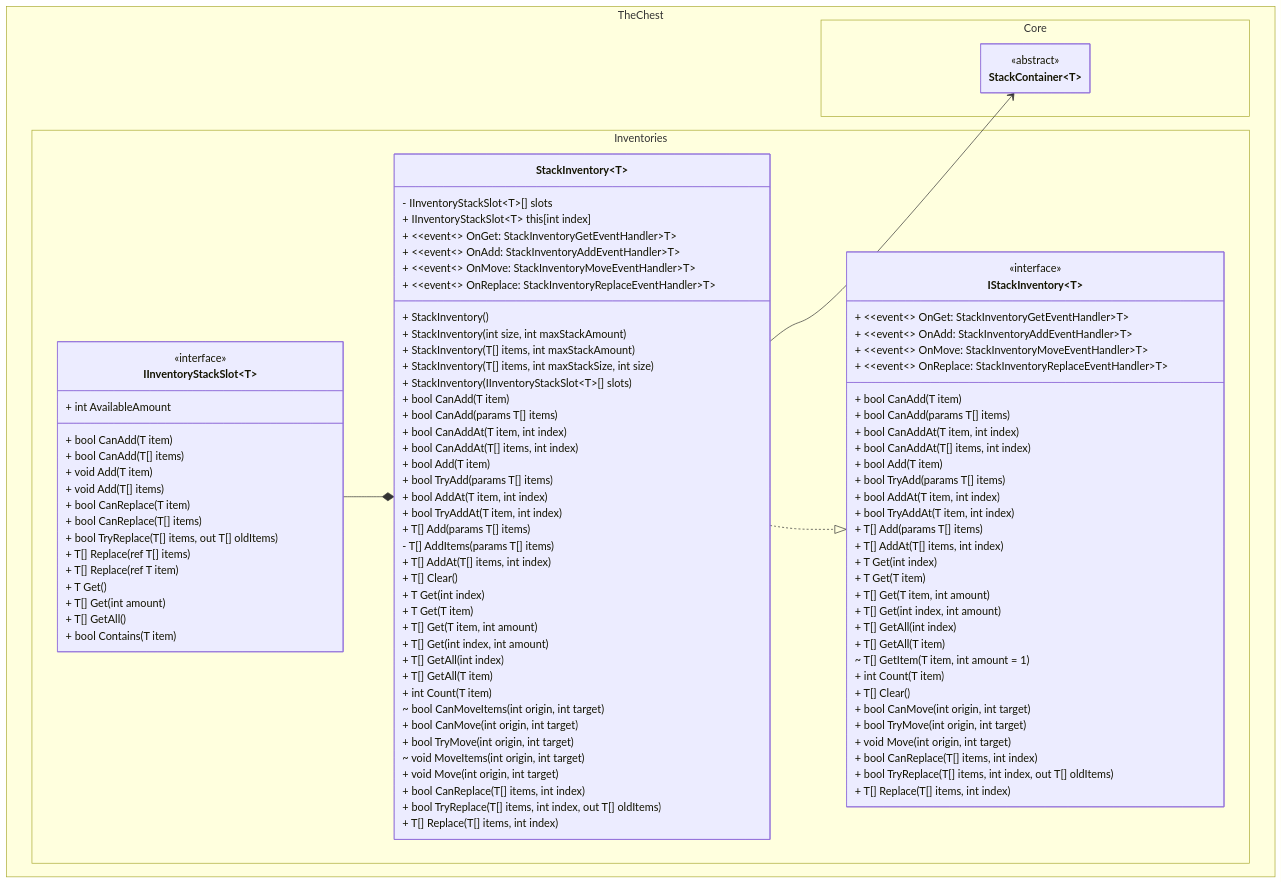
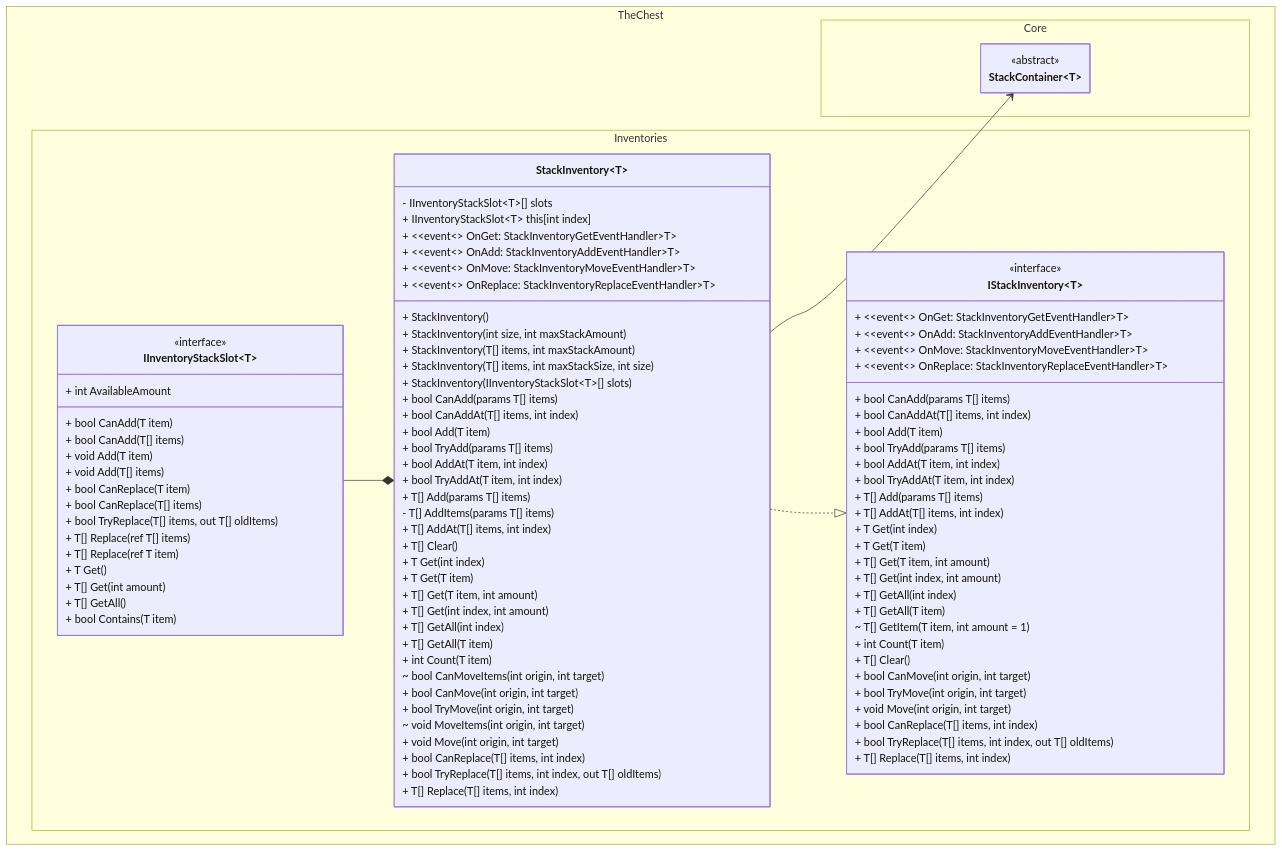
The first of 2 diagrams in docs/stack_inventory/class_diagram.md (The-Chest/TheChest.Inventories), drawn with Mermaid before and after one commit. The commit also changed 9 other files, not shown here.

```diff
--- a/docs/stack_inventory/class_diagram.md
+++ b/docs/stack_inventory/class_diagram.md
@@ -32,9 +32,7 @@
 	        + ~~event~~ OnMove: StackInventoryMoveEventHandler~T~ 
 	        + ~~event~~ OnReplace: StackInventoryReplaceEventHandler~T~ 
 
-            + bool CanAdd(T item)
 	        + bool CanAdd(params T[] items)
-	        + bool CanAddAt(T item, int index)
 	        + bool CanAddAt(T[] items, int index)
 
             + bool Add(T item)
@@ -94,9 +92,7 @@
 	        + ~~event~~ OnMove: StackInventoryMoveEventHandler~T~ 
 	        + ~~event~~ OnReplace: StackInventoryReplaceEventHandler~T~ 
 
-            + bool CanAdd(T item)
 	        + bool CanAdd(params T[] items)
-	        + bool CanAddAt(T item, int index)
 	        + bool CanAddAt(T[] items, int index)
 
             + bool Add(T item)
```
